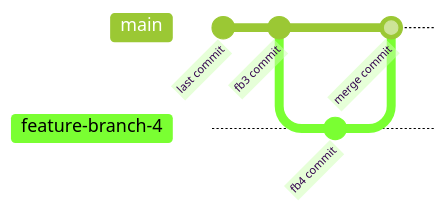
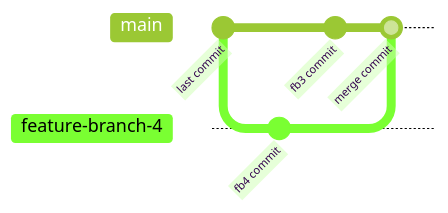
One commit to Aalesund-Techschool/git changed the third of 3 diagrams in oppgave-2/README.md. Above: the diagram before and after it, drawn with Mermaid (forest theme). The commit also changed other lines of this file and 8 other files, not shown here.

````diff
--- a/oppgave-2/README.md
+++ b/oppgave-2/README.md
@@ -143,9 +154,9 @@
 ```mermaid
 gitGraph
    commit id: "last commit"
-   commit id: "fb3 commit"
    branch feature-branch-4
    commit id: "fb4 commit"
    checkout main
+   commit id: "fb3 commit"
    merge feature-branch-4 id: "merge commit"
 ```
````
